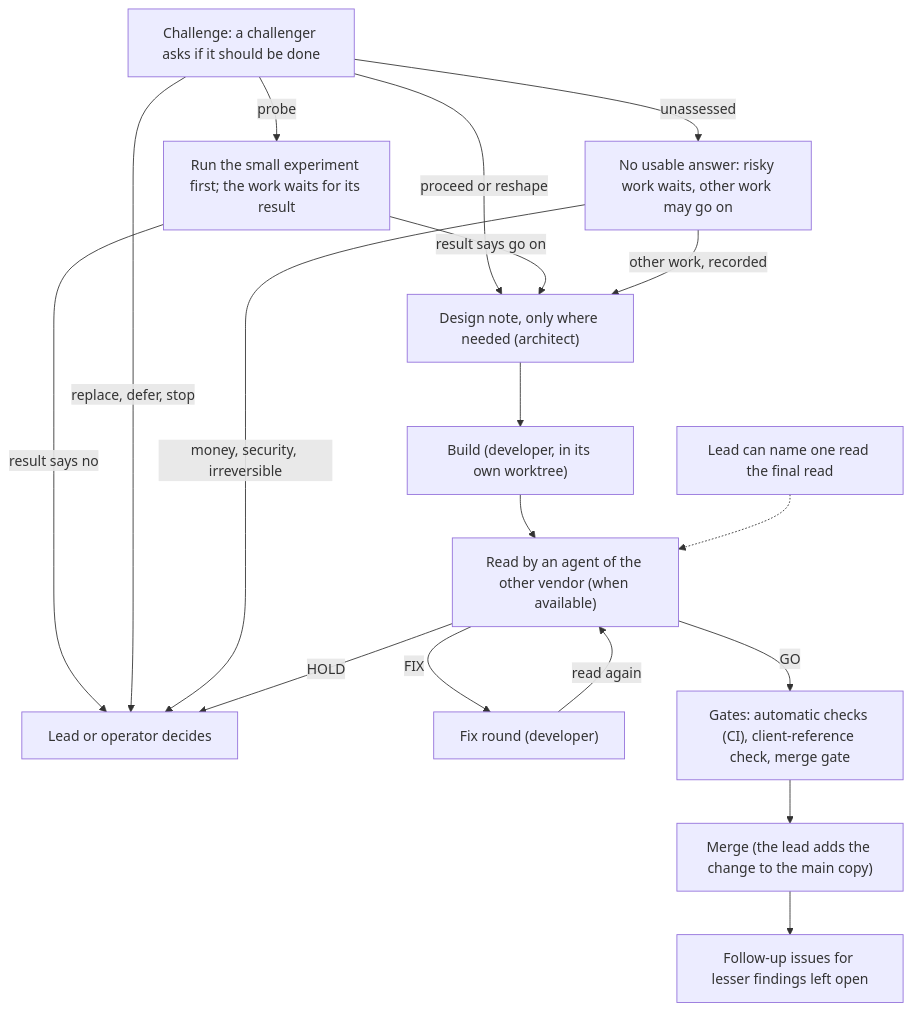
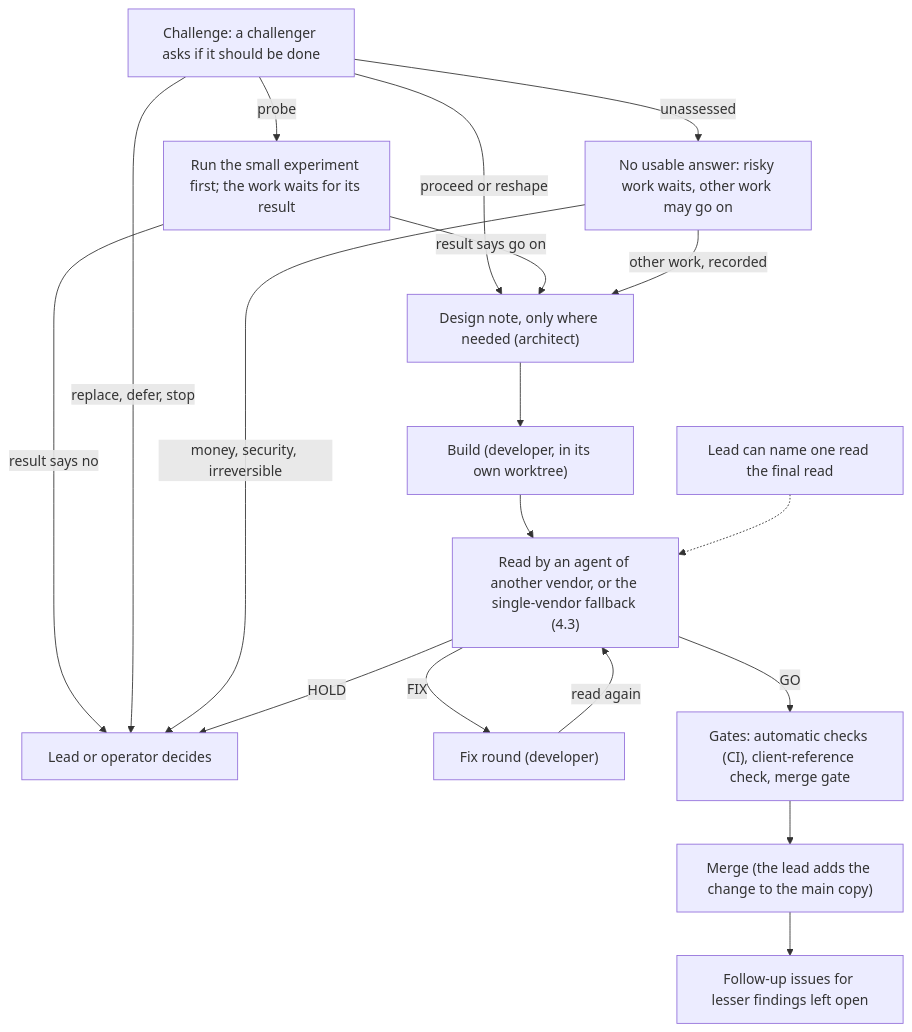
The third of 5 diagrams in docs/ROLES-SKILLS-PROCEDURES.md (zoolok17/agenttalk), drawn with Mermaid before and after one commit. The commit also changed other lines of this file and 8 other files, not shown here.

````diff
--- a/docs/ROLES-SKILLS-PROCEDURES.md
+++ b/docs/ROLES-SKILLS-PROCEDURES.md
@@ -65,20 +65,20 @@
 ```mermaid
 flowchart TB
     CH["Challenge: a challenger asks if it should be done"] -->|"proceed or reshape"| DN["Design note, only where needed (architect)"]
     CH -->|"probe"| PR["Run the small experiment first; the work waits for its result"]
     PR -->|"result says go on"| DN
     PR -->|"result says no"| DEC["Lead or operator decides"]
     CH -->|"replace, defer, stop"| DEC
     CH -->|"unassessed"| UA["No usable answer: risky work waits, other work may go on"]
     UA -->|"other work, recorded"| DN
     UA -->|"money, security, irreversible"| DEC
     DN --> BU["Build (developer, in its own worktree)"]
-    BU --> RD["Read by an agent of the other vendor (when available)"]
+    BU --> RD["Read by an agent of another vendor, or the single-vendor fallback (4.3)"]
     RD -->|"FIX"| FX["Fix round (developer)"]
     FX -->|"read again"| RD
     RD -->|"HOLD"| DEC
     RD -->|"GO"| GT["Gates: automatic checks (CI), client-reference check, merge gate"]
     FRN["Lead can name one read the final read"] -.-> RD
     GT --> MG["Merge (the lead adds the change to the main copy)"]
     MG --> FU["Follow-up issues for lesser findings left open"]
 ```
````
